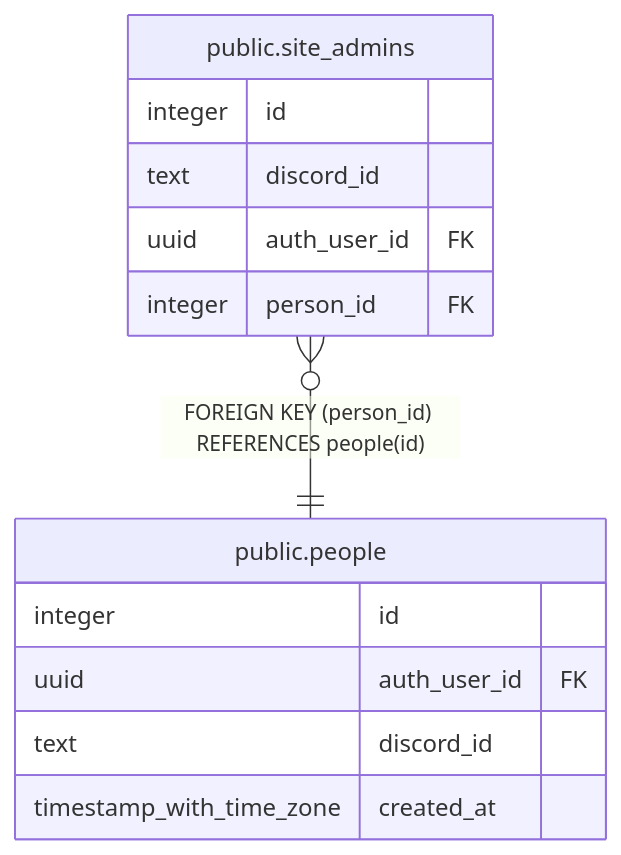
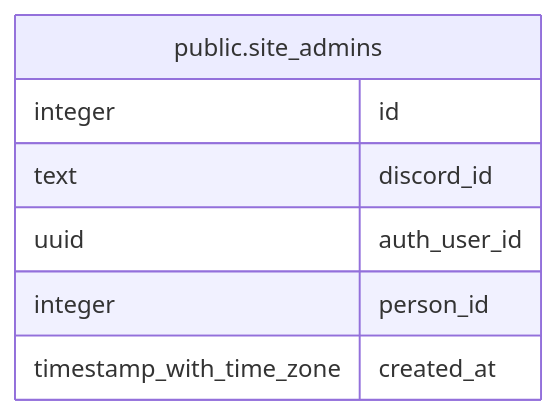
Before and after one commit to katogaming88/WGA-Raid-Hub: the diagram in dbdoc/public.site_admins.md, drawn with Mermaid. The commit also changed other lines of this file and 61 other files, not shown here.

````diff
--- a/dbdoc/public.site_admins.md
+++ b/dbdoc/public.site_admins.md
@@ -37,18 +44,12 @@
 ```mermaid
 erDiagram
 
-"public.site_admins" }o--|| "public.people" : "FOREIGN KEY (person_id) REFERENCES people(id)"
 
 "public.site_admins" {
   integer id
   text discord_id
-  uuid auth_user_id FK
-  integer person_id FK
-}
-"public.people" {
-  integer id
-  uuid auth_user_id FK
-  text discord_id
+  uuid auth_user_id
+  integer person_id
   timestamp_with_time_zone created_at
 }
 ```
````
